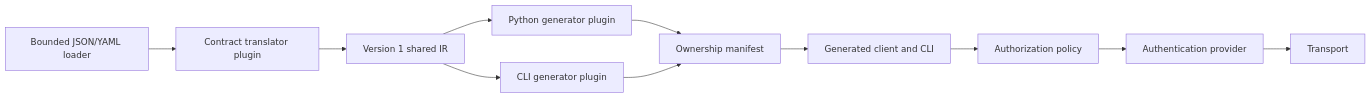
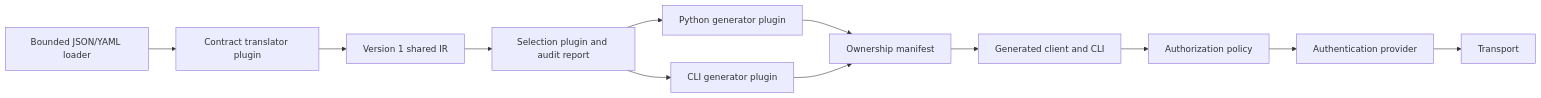
Before and after one commit to mikejhill/codapact: the diagram in docs/architecture.md, drawn with Mermaid. The commit also changed other lines of this file and 19 other files, not shown here.

````diff
--- a/docs/architecture.md
+++ b/docs/architecture.md
@@ -8,13 +8,14 @@
 ```mermaid
 flowchart LR
   A[Bounded JSON/YAML loader] --> B[Contract translator plugin]
   B --> C[Version 1 shared IR]
-  C --> D[Python generator plugin]
-  C --> E[CLI generator plugin]
+  C --> S[Selection plugin and audit report]
+  S --> D[Python generator plugin]
+  S --> E[CLI generator plugin]
   D --> F[Ownership manifest]
   E --> F
   F --> G[Generated client and CLI]
   G --> H[Authorization policy]
   H --> I[Authentication provider]
   I --> J[Transport]
 ```
````
